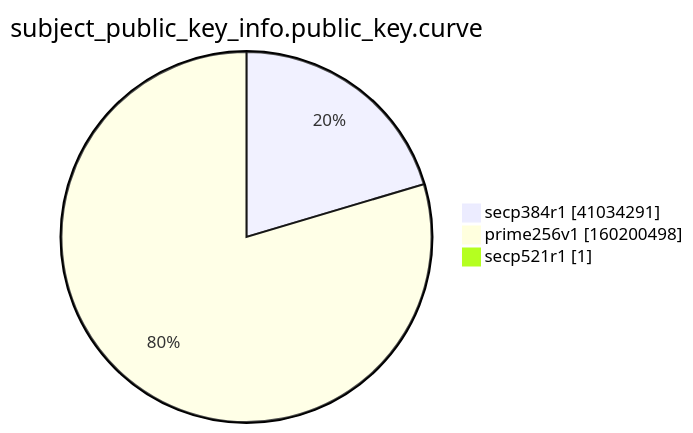
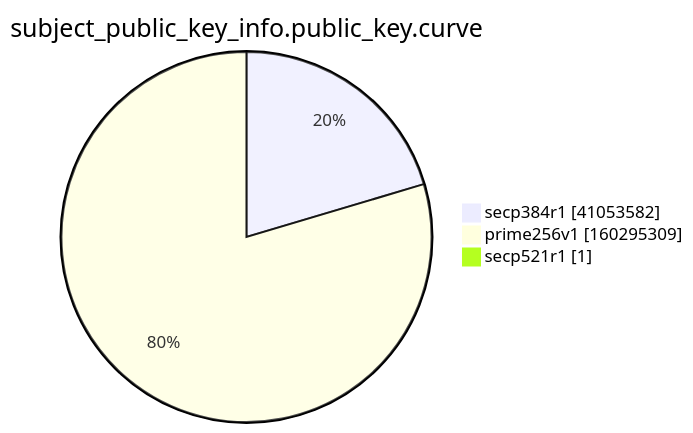
One commit to christiankrug/ctmonitor_visualization changed the ninth of 15 diagrams in xenon2022/README.md. Above: the diagram before and after it, drawn with Mermaid. The commit also changed other lines of this file, not shown here.

````diff
--- a/xenon2022/README.md
+++ b/xenon2022/README.md
@@ -2868,7 +2868,7 @@
 ```mermaid
 pie showData
 title subject_public_key_info.public_key.curve
-"secp384r1" :41034291
-"prime256v1" :160200498
+"secp384r1" :41053582
+"prime256v1" :160295309
 "secp521r1" :1
 ```
````
